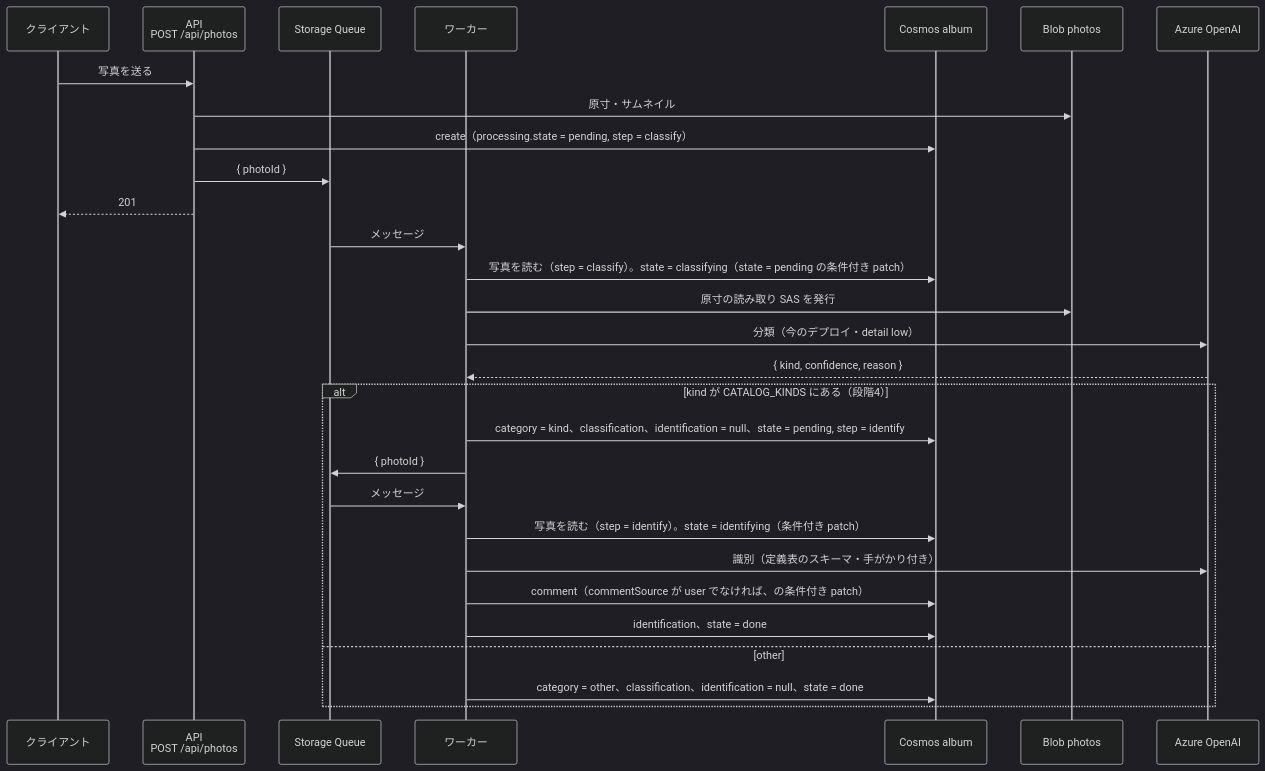
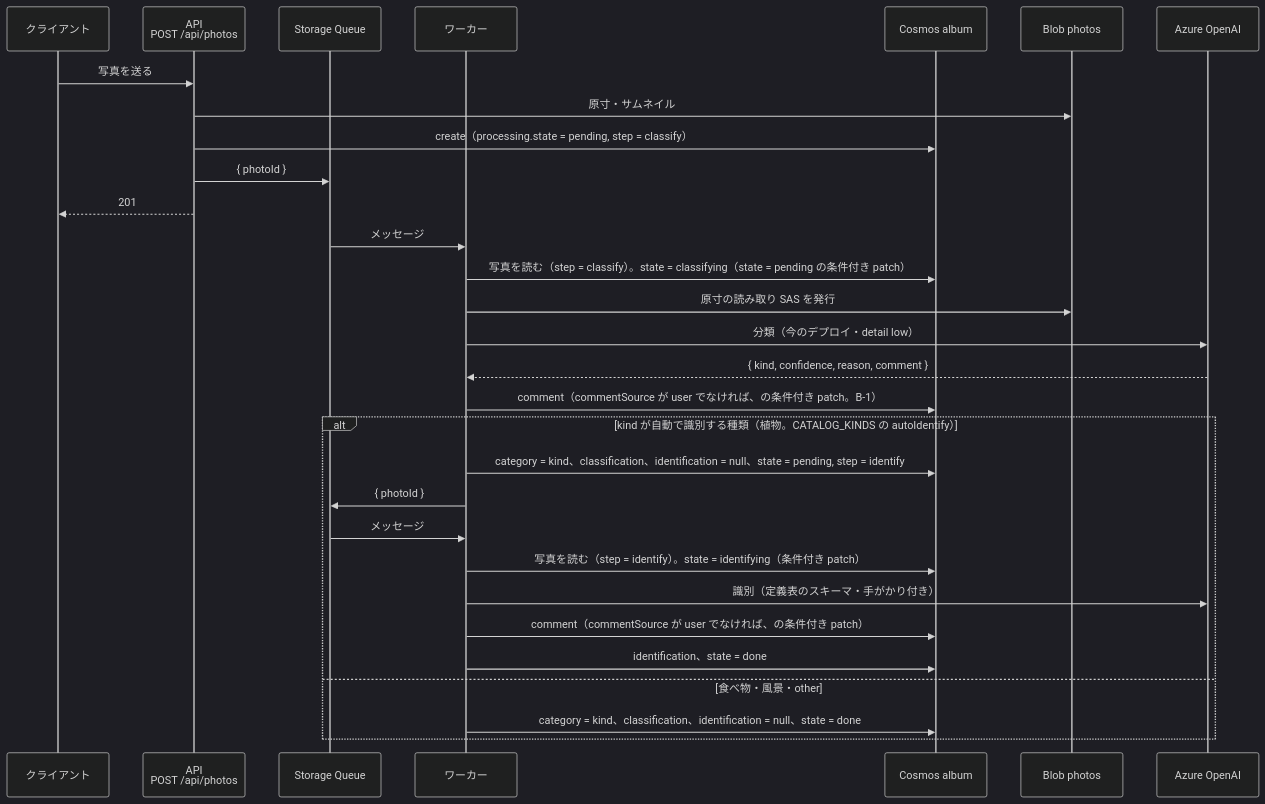
The diagram in docs/06_processing_design.md (nmasashi/snaplant), drawn with Mermaid (dark theme) before and after one commit. The commit also changed other lines of this file and 5 other files, not shown here.

````diff
--- a/docs/06_processing_design.md
+++ b/docs/06_processing_design.md
@@ -46,33 +46,34 @@
 ```mermaid
 sequenceDiagram
     participant C as クライアント
     participant H as API<br/>POST /api/photos
     participant Q as Storage Queue
     participant W as ワーカー
     participant DB as Cosmos album
     participant B as Blob photos
     participant AI as Azure OpenAI
 
     C->>H: 写真を送る
     H->>B: 原寸・サムネイル
     H->>DB: create（processing.state = pending, step = classify）
     H->>Q: { photoId }
     H-->>C: 201
 
     Q->>W: メッセージ
     W->>DB: 写真を読む（step = classify）。state = classifying（state = pending の条件付き patch）
     W->>B: 原寸の読み取り SAS を発行
     W->>AI: 分類（今のデプロイ・detail low）
-    AI-->>W: { kind, confidence, reason }
-    alt kind が CATALOG_KINDS にある（段階4）
+    AI-->>W: { kind, confidence, reason, comment }
+    W->>DB: comment（commentSource が user でなければ、の条件付き patch。B-1）
+    alt kind が自動で識別する種類（植物。CATALOG_KINDS の autoIdentify）
         W->>DB: category = kind、classification、identification = null、state = pending, step = identify
         W->>Q: { photoId }
         Q->>W: メッセージ
         W->>DB: 写真を読む（step = identify）。state = identifying（条件付き patch）
         W->>AI: 識別（定義表のスキーマ・手がかり付き）
         W->>DB: comment（commentSource が user でなければ、の条件付き patch）
         W->>DB: identification、state = done
-    else other
-        W->>DB: category = other、classification、identification = null、state = done
+    else 食べ物・風景・other
+        W->>DB: category = kind、classification、identification = null、state = done
     end
 ```
````
